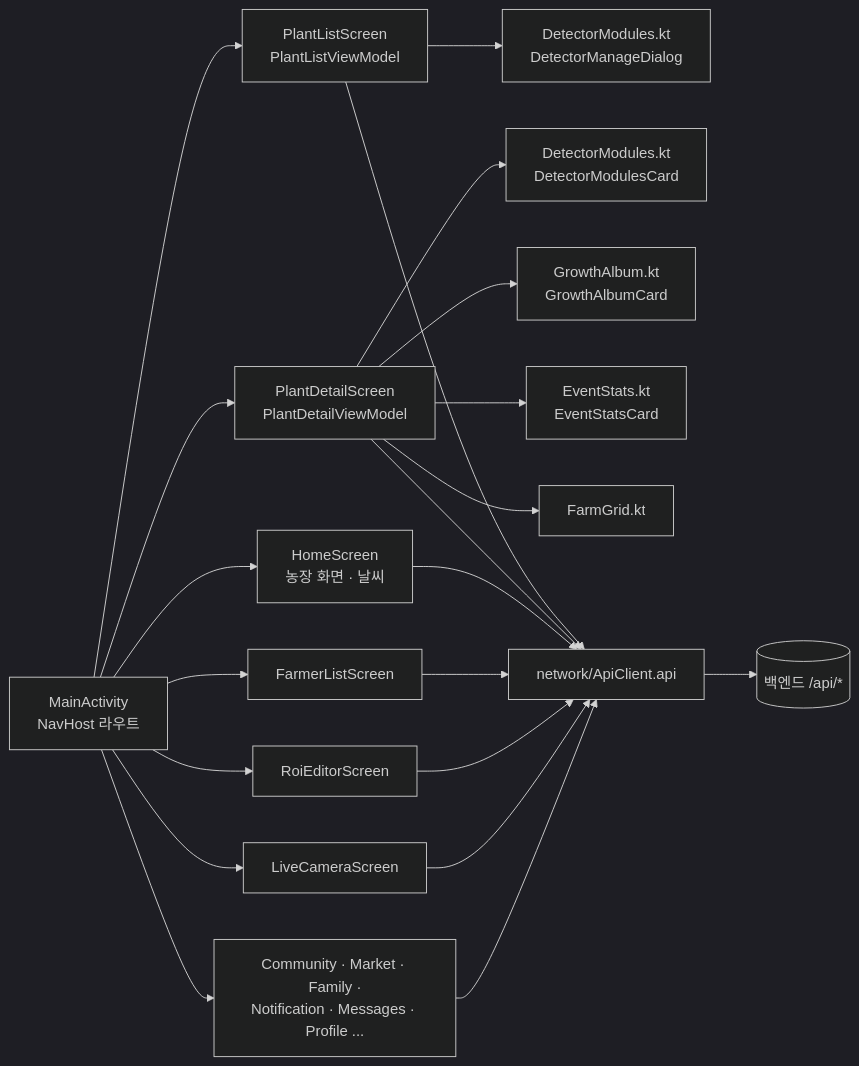
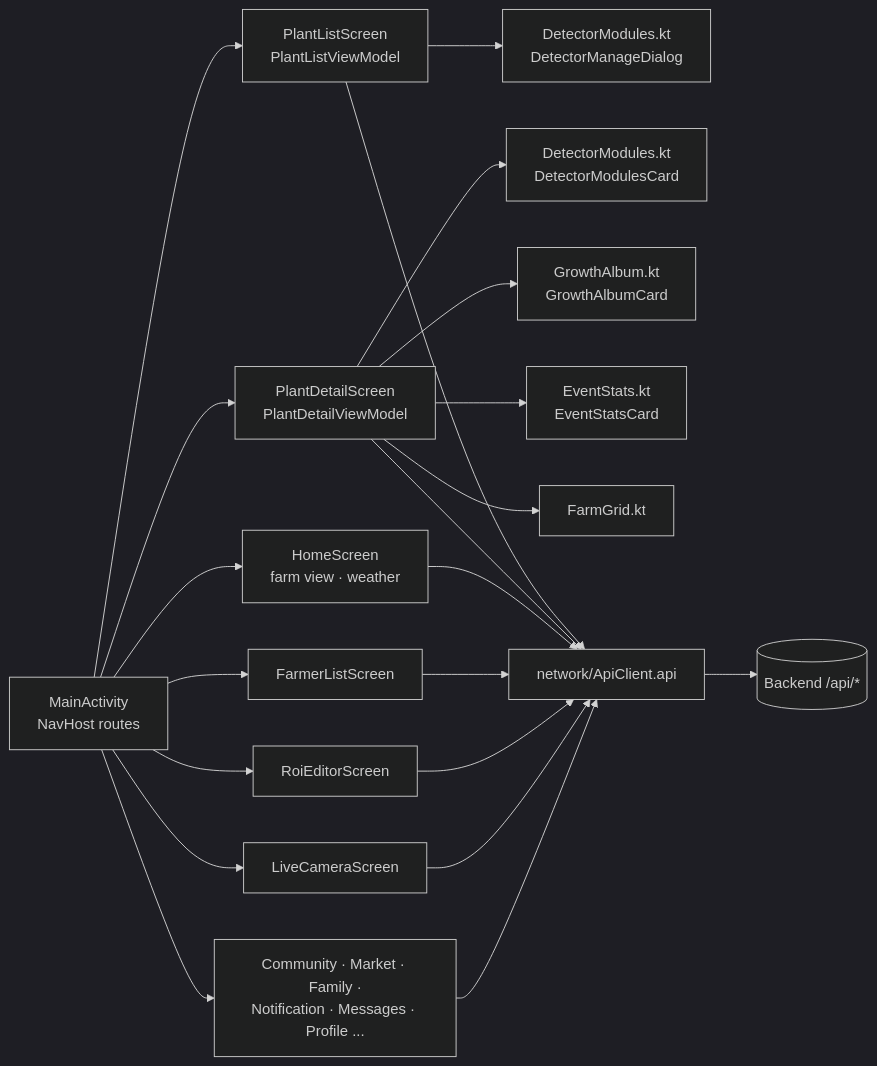
One commit to chungbrain/OOJOO-FARM changed the third of 16 diagrams in docs/code-graph/README.md. Above: the diagram before and after it, drawn with Mermaid (dark theme). The commit also changed other lines of this file and 7 other files, not shown here.

First line of the commit message:
docs: English code graph as default, Korean in *_kor.md

````diff
--- a/docs/code-graph/README.md
+++ b/docs/code-graph/README.md
@@ -99,19 +99,19 @@
 ```mermaid
 flowchart LR
-  NAV["MainActivity<br/>NavHost 라우트"] --> HOME["HomeScreen<br/>농장 화면 · 날씨"]
+  NAV["MainActivity<br/>NavHost routes"] --> HOME["HomeScreen<br/>farm view · weather"]
   NAV --> PL["PlantListScreen<br/>PlantListViewModel"]
   NAV --> PD["PlantDetailScreen<br/>PlantDetailViewModel"]
   NAV --> FL["FarmerListScreen"]
   NAV --> ROI["RoiEditorScreen"]
   NAV --> LIVE["LiveCameraScreen"]
   NAV --> ETC["Community · Market · Family ·<br/>Notification · Messages · Profile ..."]
 
   PL --> DMOD["DetectorModules.kt<br/>DetectorManageDialog"]
   PD --> DMOD2["DetectorModules.kt<br/>DetectorModulesCard"]
   PD --> GA["GrowthAlbum.kt<br/>GrowthAlbumCard"]
   PD --> ES["EventStats.kt<br/>EventStatsCard"]
   PD --> FG["FarmGrid.kt"]
 
   PL & PD & HOME & FL & ROI & LIVE & ETC --> APIM["network/ApiClient.api"]
-  APIM --> BK[("백엔드 /api/*")]
+  APIM --> BK[("Backend /api/*")]
 ```
````
